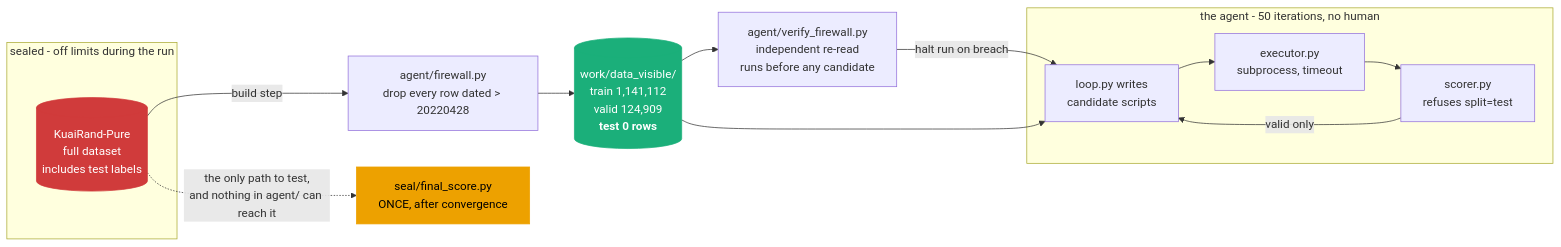
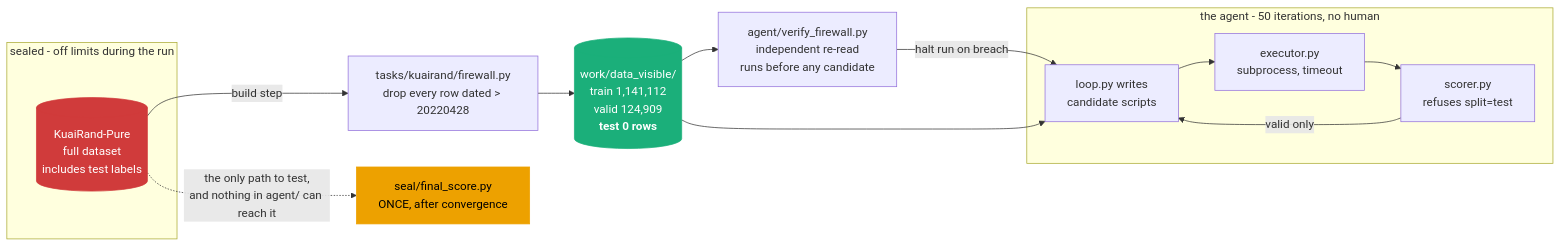
One commit to SaanviTondak/ml-research-agent changed the diagram in README.md. Above: the diagram before and after it, drawn with Mermaid. The commit also changed other lines of this file and 16 other files, not shown here.

````diff
--- a/README.md
+++ b/README.md
@@ -117,29 +145,29 @@
 ```mermaid
 flowchart LR
     subgraph sealed["sealed - off limits during the run"]
         REAL[("KuaiRand-Pure<br/>full dataset<br/>includes test labels")]
     end
 
-    FW["agent/firewall.py<br/>drop every row dated &gt; 20220428"]
+    FW["tasks/kuairand/firewall.py<br/>drop every row dated &gt; 20220428"]
     VIS[("work/data_visible/<br/>train 1,141,112<br/>valid 124,909<br/><b>test 0 rows</b>")]
     VER["agent/verify_firewall.py<br/>independent re-read<br/>runs before any candidate"]
 
     subgraph loop["the agent - 50 iterations, no human"]
         AGENT["loop.py writes<br/>candidate scripts"]
         EXEC["executor.py<br/>subprocess, timeout"]
         SCORE["scorer.py<br/>refuses split=test"]
     end
 
     SEAL["seal/final_score.py<br/>ONCE, after convergence"]
 
     REAL -->|"build step"| FW --> VIS
     VIS --> VER
     VER -->|"halt run on breach"| AGENT
     VIS --> AGENT --> EXEC --> SCORE
     SCORE -->|"valid only"| AGENT
     REAL -.->|"the only path to test,<br/>and nothing in agent/ can reach it"| SEAL
 
     style REAL fill:#d03b3b,stroke:#d03b3b,color:#fff
     style VIS fill:#1baf7a,stroke:#1baf7a,color:#fff
     style SEAL fill:#eda100,stroke:#eda100,color:#000
 ```
````
